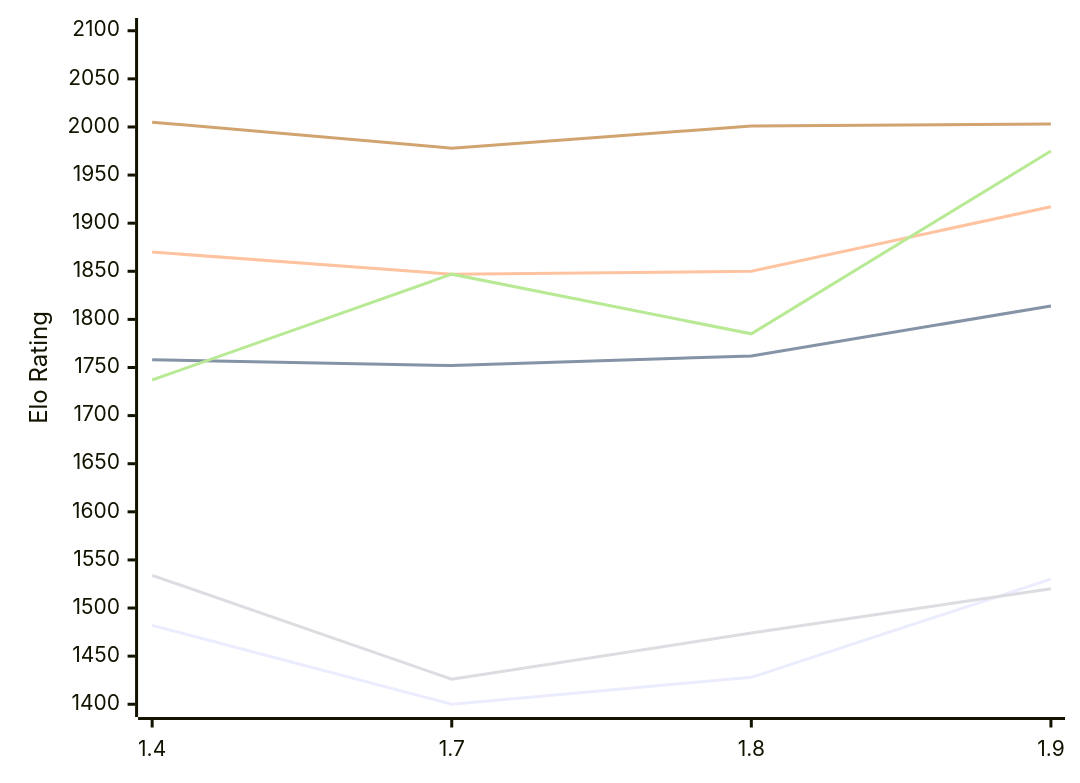
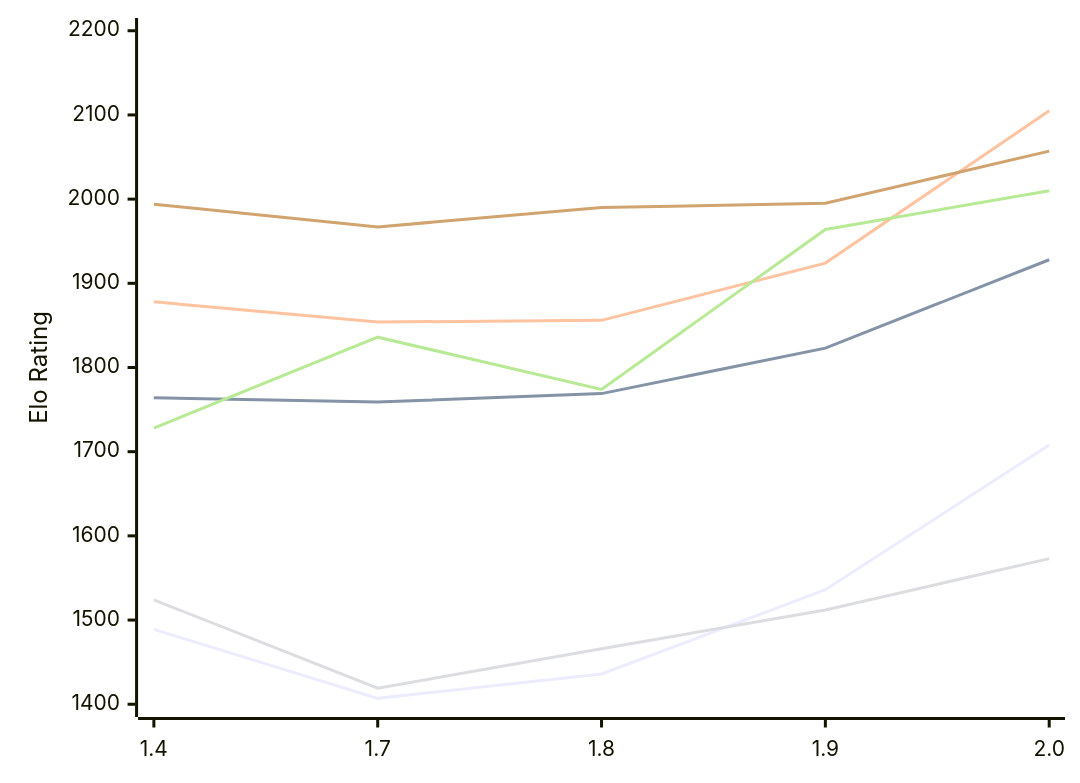
Before and after one commit to computer-chess-index/cci: the diagram in engines/Russell.md, drawn with Mermaid. The commit also changed other lines of this file, not shown here.

Commit message:
Update CCI Ratings (ELO VLTC) - 2026-11-06

````diff
--- a/engines/Russell.md
+++ b/engines/Russell.md
@@ -53,12 +55,12 @@
 ```mermaid
 %%{init: {"theme":"base","themeVariables":{"seriesColors:['#a3a3a3','#222221','#faa371']}}}%%
 xychart-beta
-  x-axis ["1.4", "1.7", "1.8", "1.9"]
-  y-axis "Elo Rating" 1400 --> 2100
-  line "E1: STC (8.0+0.08s)" [1482, 1400, 1428, 1530]
-  line "E1: LTC (60.0+0.60s)" [1758, 1752, 1762, 1814]
-  line "E1: VLTC (2m24s+1.12s)" [1870, 1847, 1850, 1917]
-  line "P1: STC (8.0+0.08s)" [1534, 1426, 1474, 1520]
-  line "P1: LTC (60.0+0.60s)" [1737, 1847, 1785, 1975]
-  line "P1: VLTC (2m24s+1.12s)" [2005, 1978, 2001, 2003]
+  x-axis ["1.4", "1.7", "1.8", "1.9", "2.0"]
+  y-axis "Elo Rating" 1400 --> 2200
+  line "E1: STC (8.0+0.08s)" [1489, 1407, 1436, 1536, 1708]
+  line "E1: LTC (60.0+0.60s)" [1764, 1759, 1769, 1823, 1928]
+  line "E1: VLTC (2m24s+1.12s)" [1878, 1854, 1856, 1924, 2105]
+  line "P1: STC (8.0+0.08s)" [1524, 1419, 1466, 1512, 1573]
+  line "P1: LTC (60.0+0.60s)" [1728, 1836, 1774, 1964, 2010]
+  line "P1: VLTC (2m24s+1.12s)" [1994, 1967, 1990, 1995, 2057]
 ```
````
